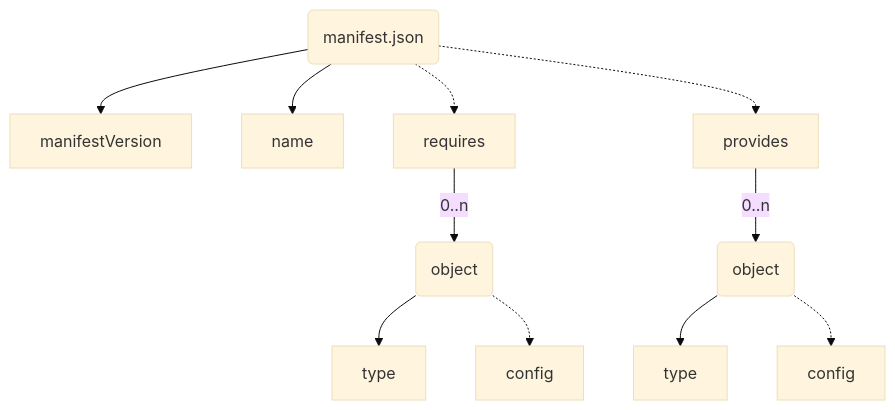
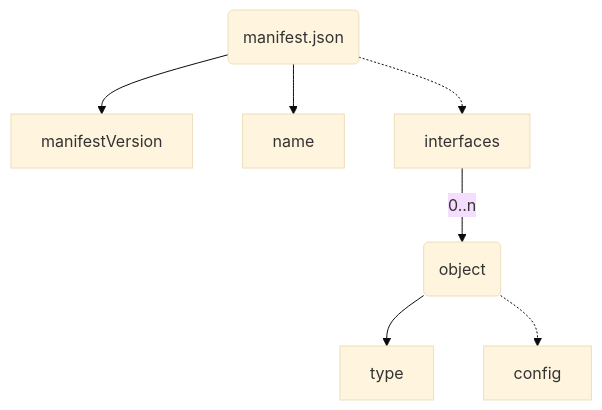
Before and after one commit to eclipse-velocitas/velocitas-docs: the diagram in content/en/docs/concepts/development_model/vehicle_app_manifest/_index.md, drawn with Mermaid (base theme). The commit also changed other lines of this file and 6 other files, not shown here.

````diff
--- a/content/en/docs/concepts/development_model/vehicle_app_manifest/_index.md
+++ b/content/en/docs/concepts/development_model/vehicle_app_manifest/_index.md
@@ -111,18 +142,13 @@
 ```mermaid
 
 graph TD
     manifest(manifest.json)
     manifest --> manifestVersion[manifestVersion]
     manifest --> name[name]
-    manifest -.-> requires[requires]
-    manifest -.-> provides[provides]
+    manifest -.-> interfaces[interfaces]
 
-    requires -- "0..n" --> requires.item(object)
-    requires.item --> requires.item.type[type]
-    requires.item -.-> requires.item.config[config]
-
-    provides -- "0..n" --> provides.item(object)
-    provides.item --> provides.item.type[type]
-    provides.item -.-> provides.item.config[config]
+    interfaces -- "0..n" --> interfaces.item(object)
+    interfaces.item --> interfaces.item.type[type]
+    interfaces.item -.-> interfaces.item.config[config]
 
 ```
````
